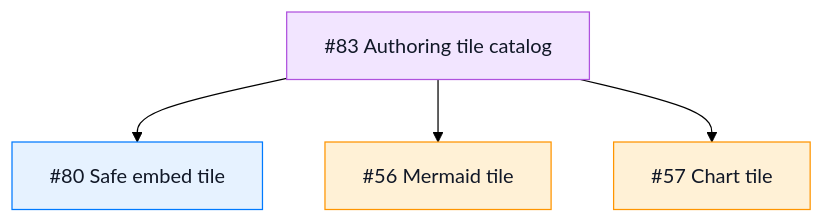
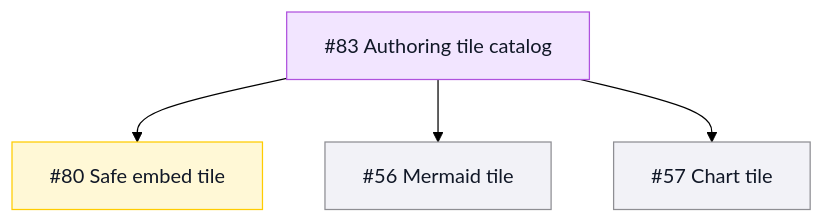
One commit to TileDown/tile-down changed the sixth of 9 diagrams in README.md. Above: the diagram before and after it, drawn with Mermaid (forest theme). The commit also changed other lines of this file, not shown here.

Commit message:
docs(readme): distinguish review roadmap state

````diff
--- a/README.md
+++ b/README.md
@@ -136,11 +138,11 @@
 ```mermaid
 flowchart TD
   Epic["#83 Authoring tile catalog"]:::epic
-  Epic --> Embed["#80 Safe embed tile"]:::active
+  Epic --> Embed["#80 Safe embed tile"]:::review
   Epic --> Mermaid["#56 Mermaid tile"]:::todo
   Epic --> Charts["#57 Chart tile"]:::todo
 
   classDef epic fill:#f2e5ff,stroke:#af52de,color:#111827
-  classDef active fill:#e6f2ff,stroke:#007aff,color:#111827
-  classDef todo fill:#fff1d6,stroke:#ff9500,color:#111827
+  classDef review fill:#fff8d6,stroke:#ffcc00,color:#111827
+  classDef todo fill:#f2f2f7,stroke:#8e8e93,color:#111827
 ```
````
